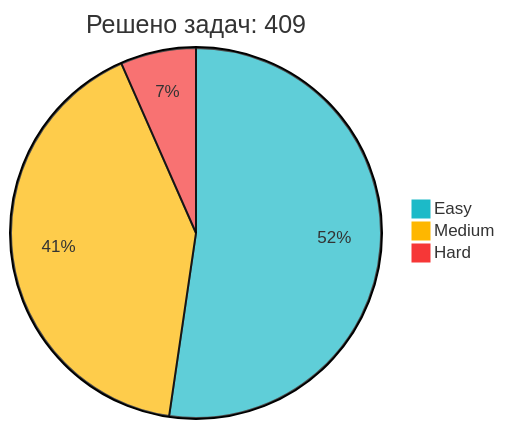
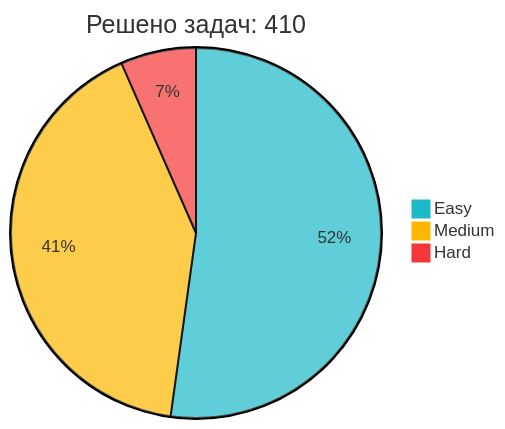
The diagram in README.md (IliaKurdukov/IliaKurdukov), drawn with Mermaid before and after one commit. The commit also changed other lines of this file, not shown here.

Commit message:
📈 Обновление статистики LeetCode

````diff
--- a/README.md
+++ b/README.md
@@ -51,7 +51,7 @@
 ```mermaid
 %%{init: {'theme': 'base', 'themeVariables': { 'pie1': '#1CBAC8', 'pie2': '#FEB700', 'pie3': '#F63737' }, 'config': {'width': 300, 'height': 200}}}%%
-pie title Решено задач: 409
+pie title Решено задач: 410
    "Easy" : 214
-   "Medium" : 168
+   "Medium" : 169
    "Hard" : 27
 ```
````
